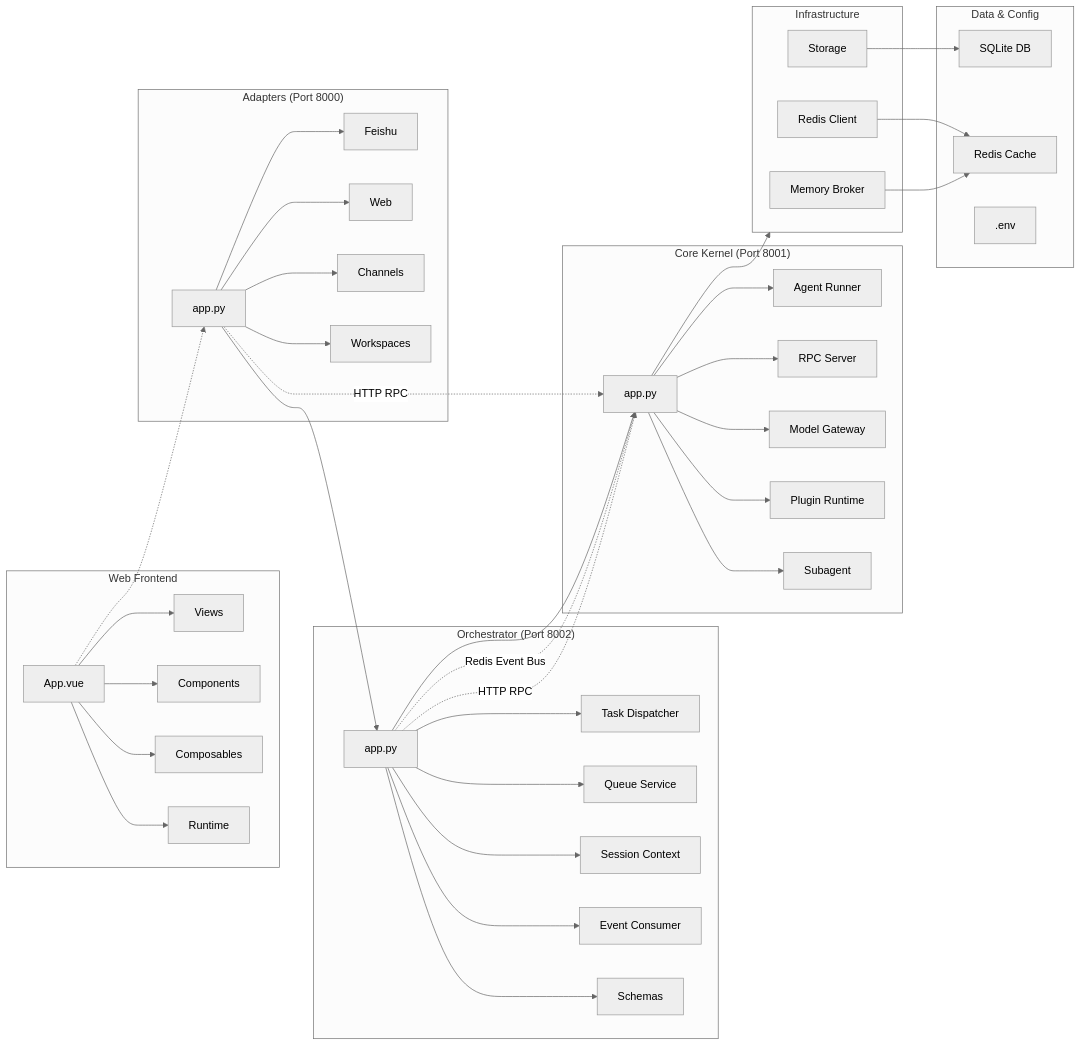
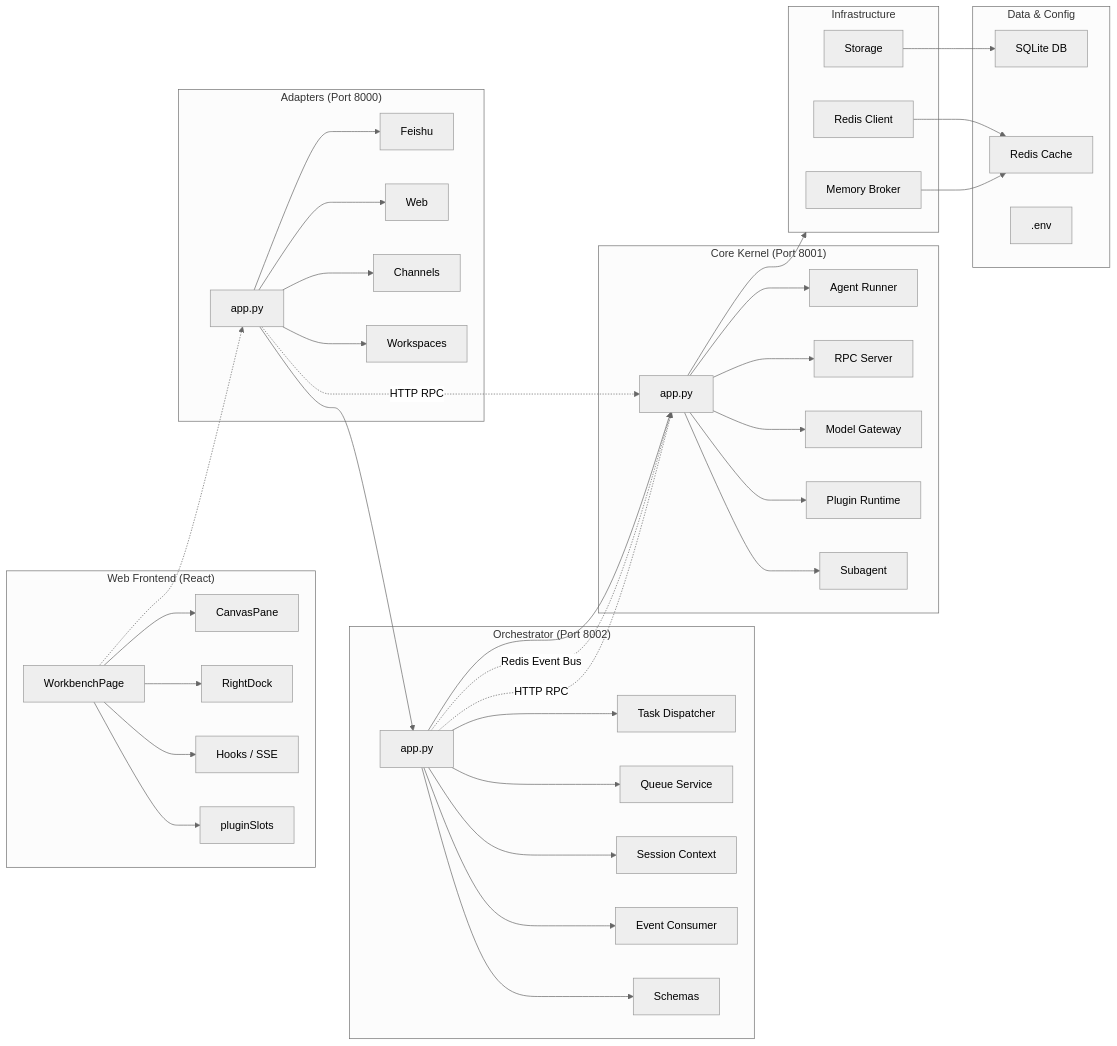
One commit to Dthurt/Nexus_lark_mind changed the diagram in docs/architecture.md. Above: the diagram before and after it, drawn with Mermaid (neutral theme). The commit also changed other lines of this file and 85 other files, not shown here.

First line of the commit message:
Ship Canvas split views, at-context attachments, and post-apply Diff review.

````diff
--- a/docs/architecture.md
+++ b/docs/architecture.md
@@ -122,11 +137,11 @@
 ```mermaid
 flowchart LR
-    subgraph Web["Web Frontend"]
-        W1["App.vue"]
-        W2["Views"]
-        W3["Components"]
-        W4["Composables"]
-        W5["Runtime"]
+    subgraph Web["Web Frontend (React)"]
+        W1["WorkbenchPage"]
+        W2["CanvasPane"]
+        W3["RightDock"]
+        W4["Hooks / SSE"]
+        W5["pluginSlots"]
     end
 
     subgraph Adapters["Adapters (Port 8000)"]
````
